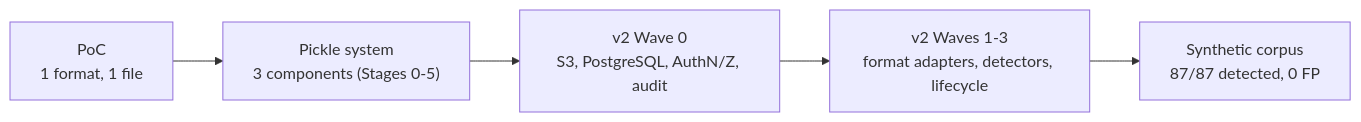
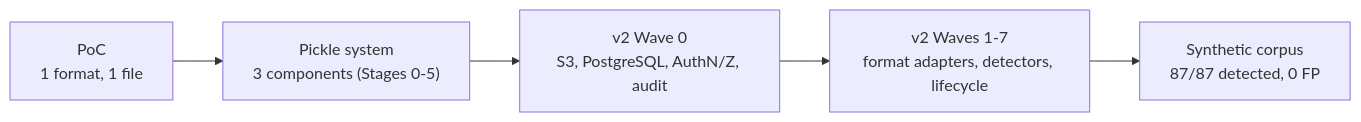
One commit to pol4/MLScan changed the first of 2 diagrams in README.en.md. Above: the diagram before and after it, drawn with Mermaid. The commit also changed other lines of this file and 1 other file, not shown here.

````diff
--- a/README.en.md
+++ b/README.en.md
@@ -32,7 +32,7 @@
 ```mermaid
 flowchart LR
   P["PoC<br/>1 format, 1 file"] --> S["Pickle system<br/>3 components (Stages 0-5)"]
   S --> V0["v2 Wave 0<br/>S3, PostgreSQL, AuthN/Z, audit"]
-  V0 --> V1["v2 Waves 1-3<br/>format adapters, detectors, lifecycle"]
+  V0 --> V1["v2 Waves 1-7<br/>format adapters, detectors, lifecycle"]
   V1 --> T["Synthetic corpus<br/>87/87 detected, 0 FP"]
 ```
````
